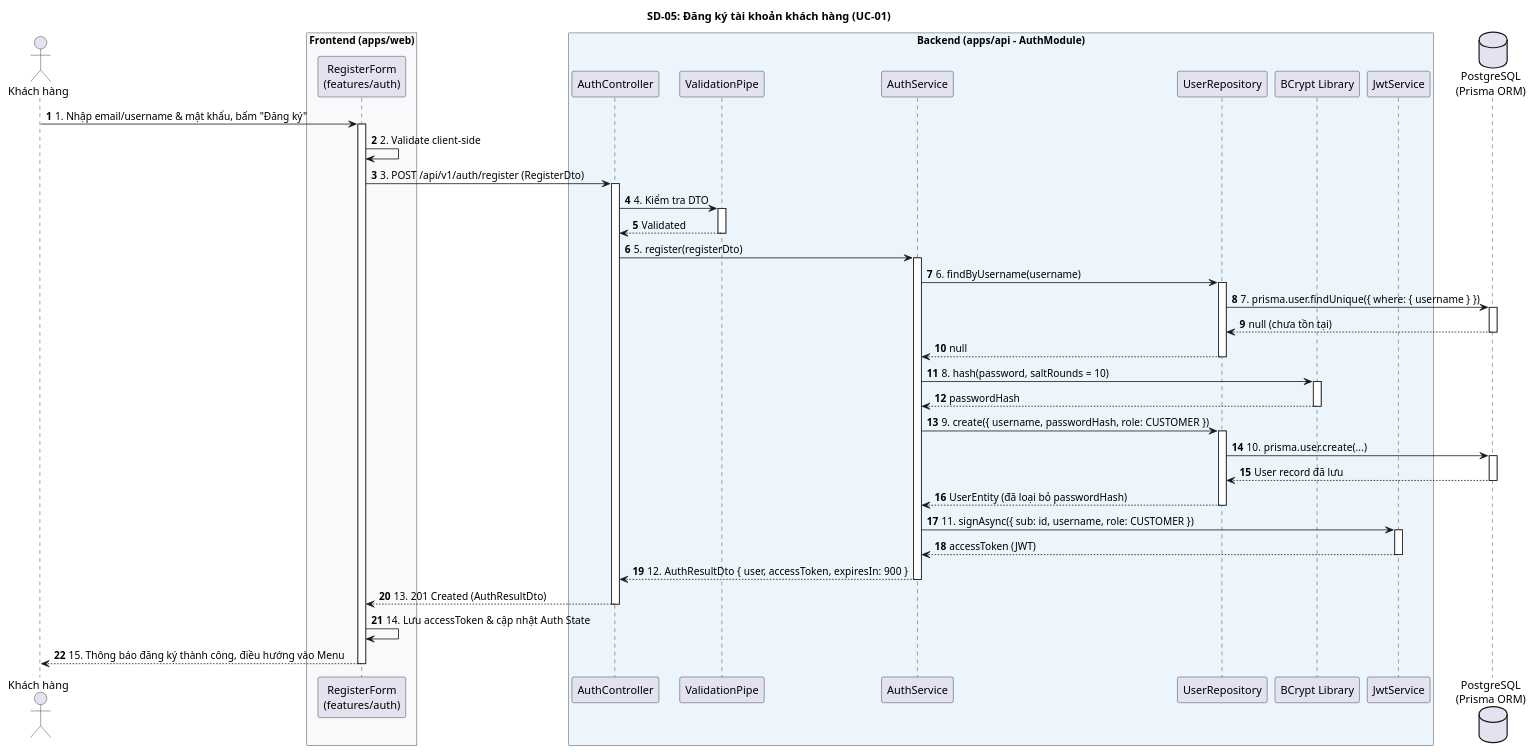
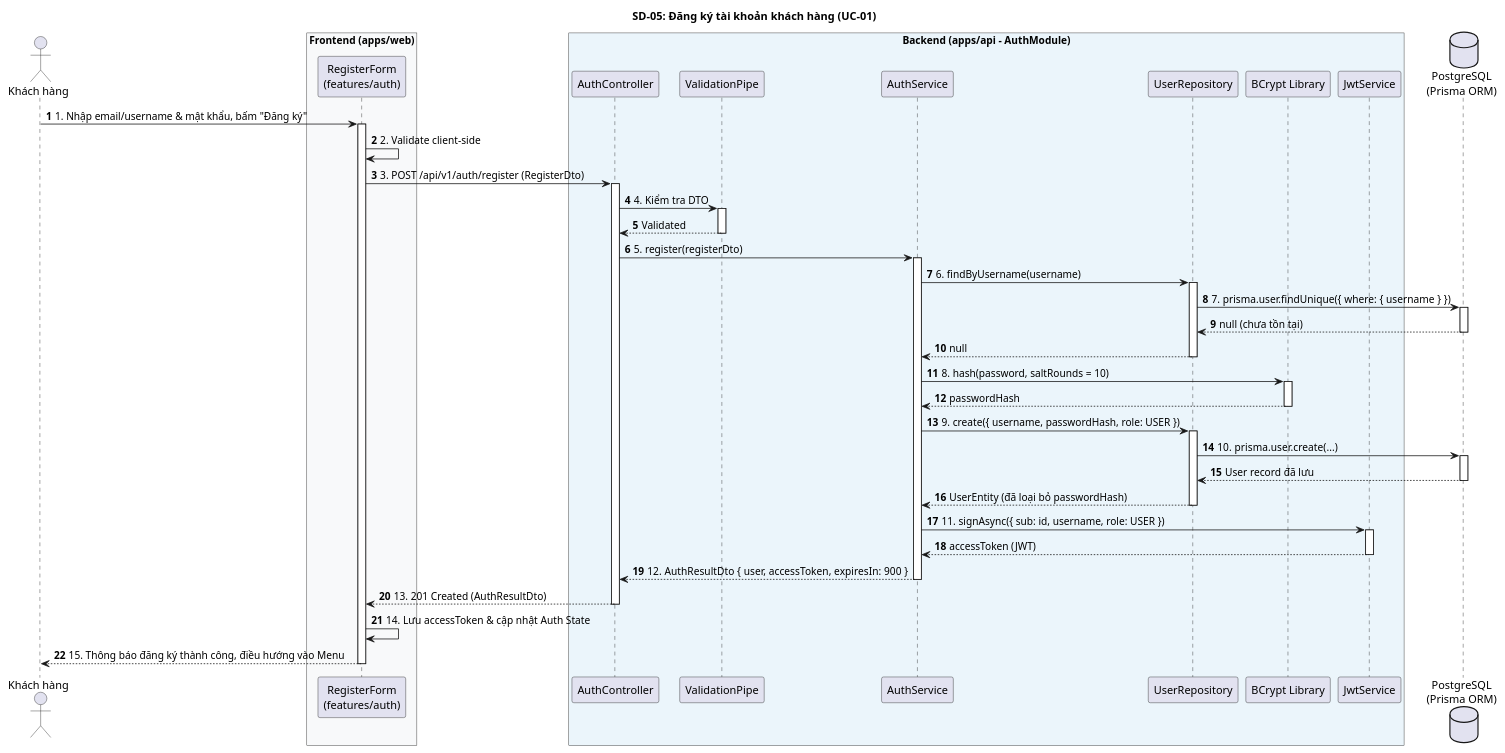
One commit to akira-yami/BrewLite_A1 changed the third of 4 diagrams in docs/architecture/sequence-diagrams-auth.md. Above: the diagram before and after it, drawn with PlantUML. The commit also changed other lines of this file and 22 other files, not shown here.

Commit message:
fix(auth): dong bo role USER/ADMIN, bo sung RolesGuard va UserRepository, chuan hoa api contract va fix app module

````diff
--- a/docs/architecture/sequence-diagrams-auth.md
+++ b/docs/architecture/sequence-diagrams-auth.md
@@ -281,74 +281,74 @@
 ```plantuml
 @startuml SD-05_Customer_Registration
 title SD-05: Đăng ký tài khoản khách hàng (UC-01)
 autonumber
 skinparam responseMessageBelowArrow true
 skinparam BoxPadding 10
 
 actor "Khách hàng" as User
 
 box "Frontend (apps/web)" #F8F9FA
     participant "RegisterForm\n(features/auth)" as FE
 end box
 
 box "Backend (apps/api - AuthModule)" #EBF5FB
     participant "AuthController" as AC
     participant "ValidationPipe" as VP
     participant "AuthService" as AS
     participant "UserRepository" as UR
     participant "BCrypt Library" as BC
     participant "JwtService" as JWT
 end box
 
 database "PostgreSQL\n(Prisma ORM)" as DB
 
 User -> FE: 1. Nhập email/username & mật khẩu, bấm "Đăng ký"
 activate FE
 FE -> FE: 2. Validate client-side
 FE -> AC: 3. POST /api/v1/auth/register (RegisterDto)
 activate AC
 AC -> VP: 4. Kiểm tra DTO
 activate VP
 VP --> AC: Validated
 deactivate VP
 
 AC -> AS: 5. register(registerDto)
 activate AS
 AS -> UR: 6. findByUsername(username)
 activate UR
 UR -> DB: 7. prisma.user.findUnique({ where: { username } })
 activate DB
 DB --> UR: null (chưa tồn tại)
 deactivate DB
 UR --> AS: null
 deactivate UR
 
 AS -> BC: 8. hash(password, saltRounds = 10)
 activate BC
 BC --> AS: passwordHash
 deactivate BC
 
-AS -> UR: 9. create({ username, passwordHash, role: CUSTOMER })
+AS -> UR: 9. create({ username, passwordHash, role: USER })
 activate UR
 UR -> DB: 10. prisma.user.create(...)
 activate DB
 DB --> UR: User record đã lưu
 deactivate DB
 UR --> AS: UserEntity (đã loại bỏ passwordHash)
 deactivate UR
 
-AS -> JWT: 11. signAsync({ sub: id, username, role: CUSTOMER })
+AS -> JWT: 11. signAsync({ sub: id, username, role: USER })
 activate JWT
 JWT --> AS: accessToken (JWT)
 deactivate JWT
 
 AS --> AC: 12. AuthResultDto { user, accessToken, expiresIn: 900 }
 deactivate AS
 AC --> FE: 13. 201 Created (AuthResultDto)
 deactivate AC
 
 FE -> FE: 14. Lưu accessToken & cập nhật Auth State
 FE --> User: 15. Thông báo đăng ký thành công, điều hướng vào Menu
 deactivate FE
 @enduml
 ```
````
